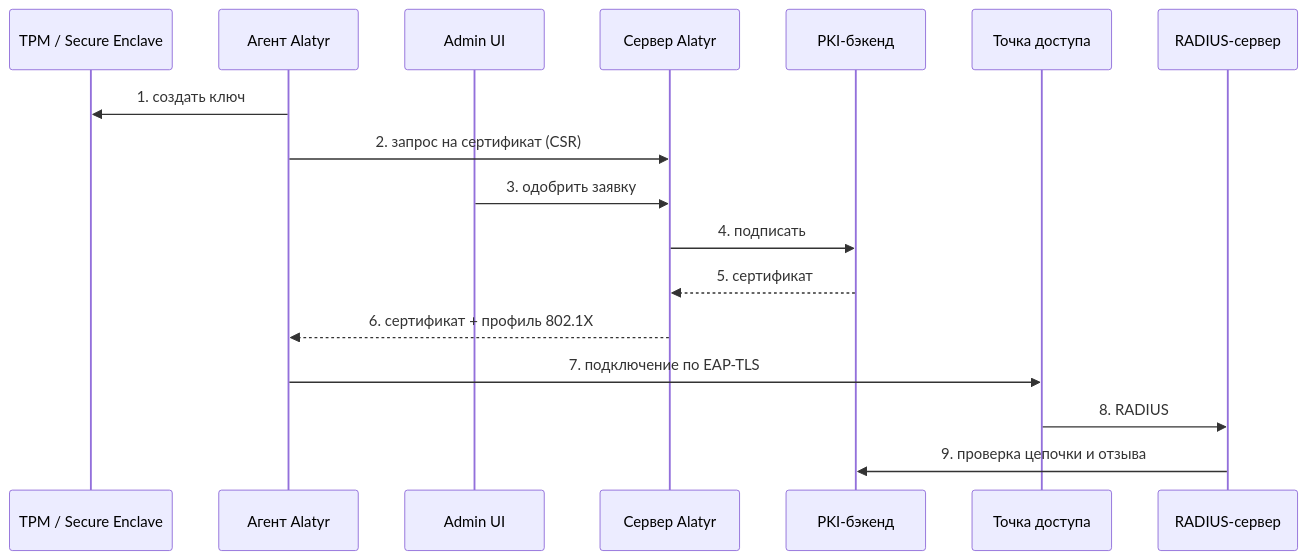
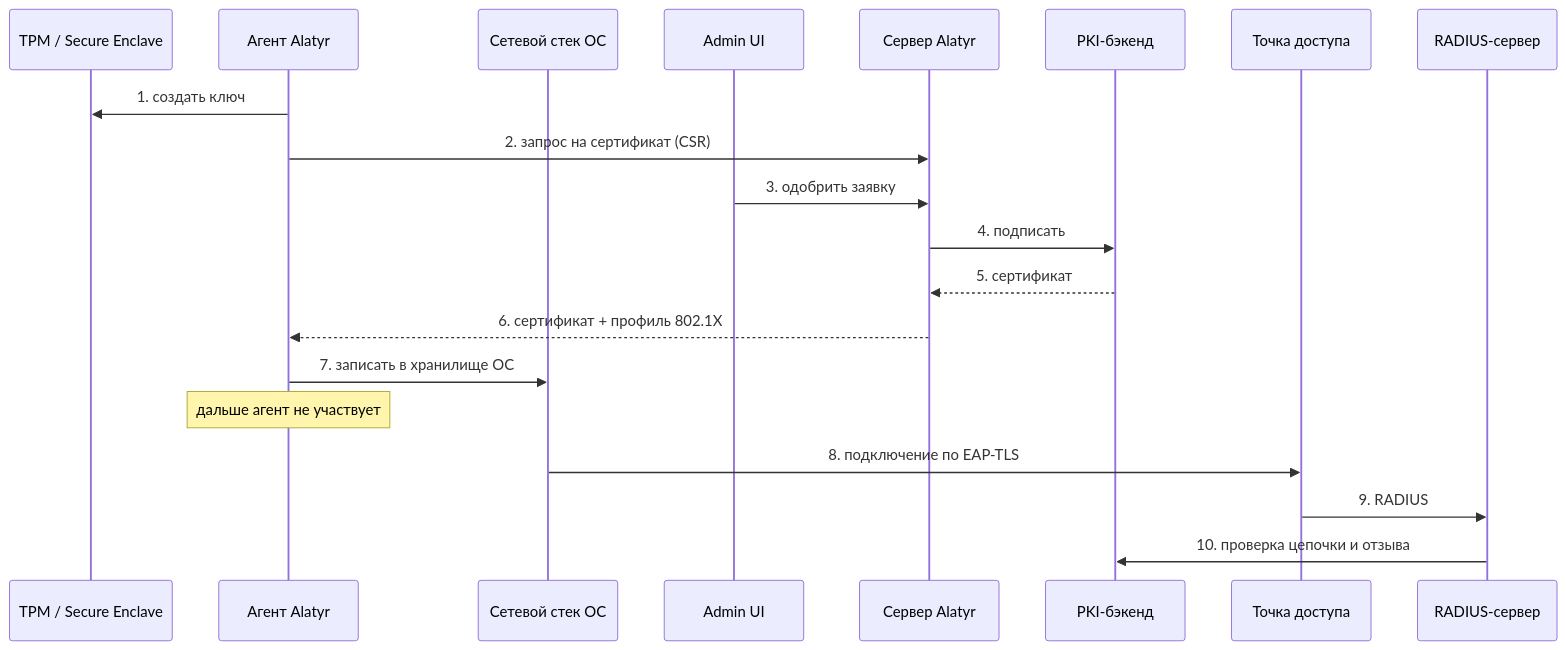
One commit to s3m4rgl/alatyr-docs changed the second of 9 diagrams in docs/use-cases.md. Above: the diagram before and after it, drawn with Mermaid. The commit also changed other lines of this file and 3 other files, not shown here.

First line of the commit message:
fix(схемы): агент убран из пути использования, починены отрисовка и тёмная тема

````diff
--- a/docs/use-cases.md
+++ b/docs/use-cases.md
@@ -74,20 +91,23 @@
 ```mermaid
 sequenceDiagram
     participant HW as TPM / Secure Enclave
     participant Agent as Агент Alatyr
+    participant OS as Сетевой стек ОС
     participant Admin as Admin UI
     participant Server as Сервер Alatyr
     participant PKI as PKI-бэкенд
     participant Net as Точка доступа
     participant Radius as RADIUS-сервер
 
     Agent->>HW: 1. создать ключ
     Agent->>Server: 2. запрос на сертификат (CSR)
     Admin->>Server: 3. одобрить заявку
     Server->>PKI: 4. подписать
     PKI-->>Server: 5. сертификат
     Server-->>Agent: 6. сертификат + профиль 802.1X
-    Agent->>Net: 7. подключение по EAP-TLS
-    Net->>Radius: 8. RADIUS
-    Radius->>PKI: 9. проверка цепочки и отзыва
+    Agent->>OS: 7. записать в хранилище ОС
+    Note over Agent: дальше агент не участвует
+    OS->>Net: 8. подключение по EAP-TLS
+    Net->>Radius: 9. RADIUS
+    Radius->>PKI: 10. проверка цепочки и отзыва
 ```
````
